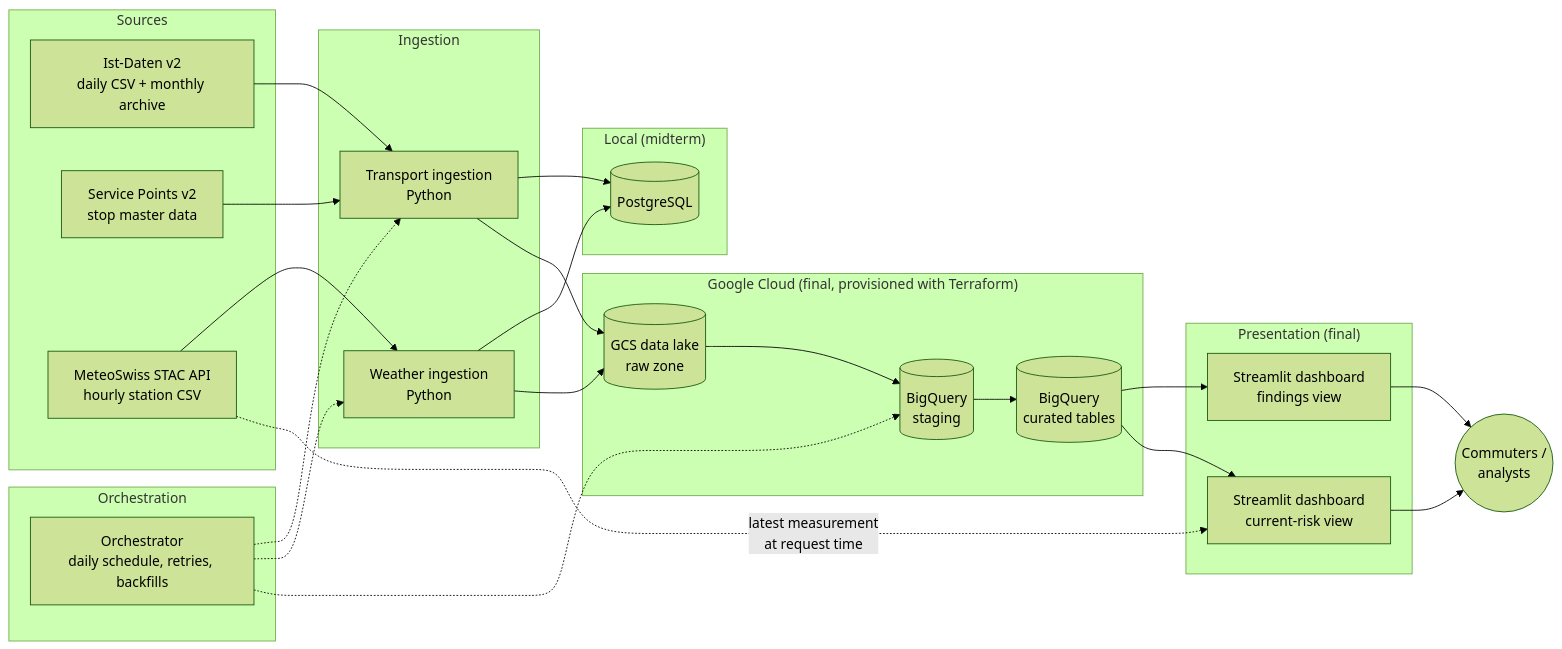
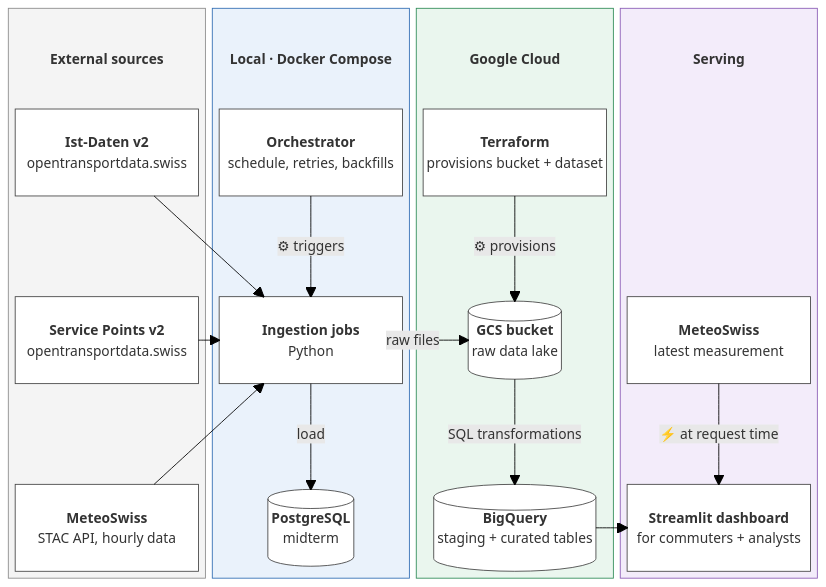
The second of 2 diagrams in docs/architecture/architecture_v0.1.md (theodorahaimoff/HSLU_HS26_DENG), drawn with Mermaid (forest theme) before and after one commit. The commit also changed other lines of this file and 5 other files, not shown here.

Commit message:
docs: contributing docs & architecture changes

````diff
--- a/docs/architecture/architecture_v0.1.md
+++ b/docs/architecture/architecture_v0.1.md
@@ -8,51 +37,65 @@
 ```mermaid
-flowchart LR
-    subgraph Sources
-        S1[Ist-Daten v2<br/>daily CSV + monthly archive]
-        S2[Service Points v2<br/>stop master data]
-        S3[MeteoSwiss STAC API<br/>hourly station CSV]
-    end
+---
+config:
+  block:
+    padding: 
+---
+block-beta
+  columns 4
+  block:EXT:1
+    columns 1
+    T1["External sources"]
+    S1["<b>Ist-Daten v2</b><br/>opentransportdata.swiss"]
+    space
+    S2["<b>Service Points v2</b><br/>opentransportdata.swiss"]
+    space
+    S3["<b>MeteoSwiss</b><br/>STAC API, hourly data"]
+  end
+  block:DC:1
+    columns 1
+    T2["Local · Docker Compose"]
+    O["<b>Orchestrator</b><br/>schedule, retries, backfills"]
+    space
+    I["<b>Ingestion jobs</b><br/>Python"]
+    space
+    P[("<b>PostgreSQL</b><br/>midterm")]
+  end
+  block:GCP:1
+    columns 1
+    T3["Google Cloud"]
+    TF["<b>Terraform</b><br/>provisions bucket + dataset"]
+    space
+    G[("<b>GCS bucket</b><br/>raw data lake")]
+    space
+    B[("<b>BigQuery</b><br/>staging + curated tables")]
+  end
+  block:SV:1
+    columns 1
+    T4["Serving"]
+    space
+    space
+    M["<b>MeteoSwiss</b><br/>latest measurement"]
+    space
+    D["<b>Streamlit dashboard</b><br/>for commuters + analysts"]
+  end
 
-    subgraph Orchestration
-        O[Orchestrator<br/>daily schedule, retries, backfills]
-    end
+  S1 --> I
+  S2 --> I
+  S3 --> I
+  O -- "⚙ triggers" --> I
+  I -- "load" --> P
+  I -- "raw files" --> G
+  TF -- "⚙ provisions" --> G
+  G -- "SQL transformations" --> B
+  B --> D
+  M -- "⚡ at request time" --> D
 
-    subgraph Ingestion
-        I1[Transport ingestion<br/>Python]
-        I2[Weather ingestion<br/>Python]
-    end
-
-    subgraph Local["Local (midterm)"]
-        P[(PostgreSQL)]
-    end
-
-    subgraph Cloud["Google Cloud (final, provisioned with Terraform)"]
-        G[(GCS data lake<br/>raw zone)]
-        BQ1[(BigQuery<br/>staging)]
-        BQ2[(BigQuery<br/>curated tables)]
-    end
-
-    subgraph Presentation["Presentation (final)"]
-        D1[Streamlit dashboard<br/>findings view]
-        D2[Streamlit dashboard<br/>current-risk view]
-    end
-
-    USER((Commuters /<br/>analysts))
-
-    S1 --> I1
-    S2 --> I1
-    S3 --> I2
-    I1 --> P
-    I2 --> P
-    I1 --> G
-    I2 --> G
-    G --> BQ1 --> BQ2
-    BQ2 --> D1
-    BQ2 --> D2
-    S3 -. latest measurement<br/>at request time .-> D2
-    D1 --> USER
-    D2 --> USER
-    O -.-> I1
-    O -.-> I2
-    O -.-> BQ1
+  classDef title fill:none,stroke:none,font-weight:bold
+  classDef box fill:#ffffff,stroke:#444,color:#111
+  class T1,T2,T3,T4 title
+  class S1,S2,S3,O,I,P,TF,G,B,M,D box
+  style EXT fill:#f4f4f4,stroke:#8a8a8a
+  style DC fill:#eaf2fb,stroke:#2f6db3
+  style GCP fill:#eaf6ee,stroke:#2e8b57
+  style SV fill:#f3ecfa,stroke:#8a5bb5
 ```
````
